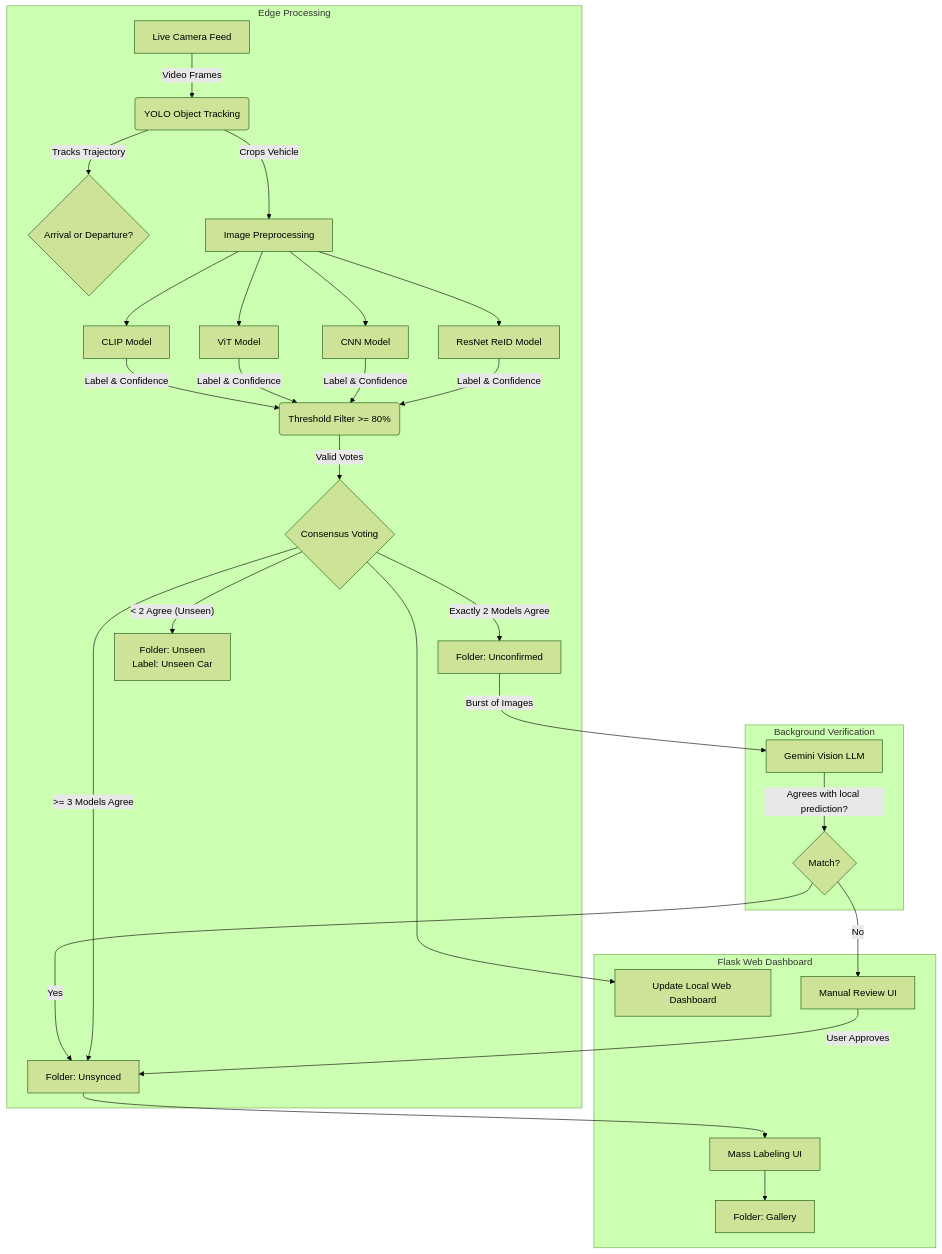
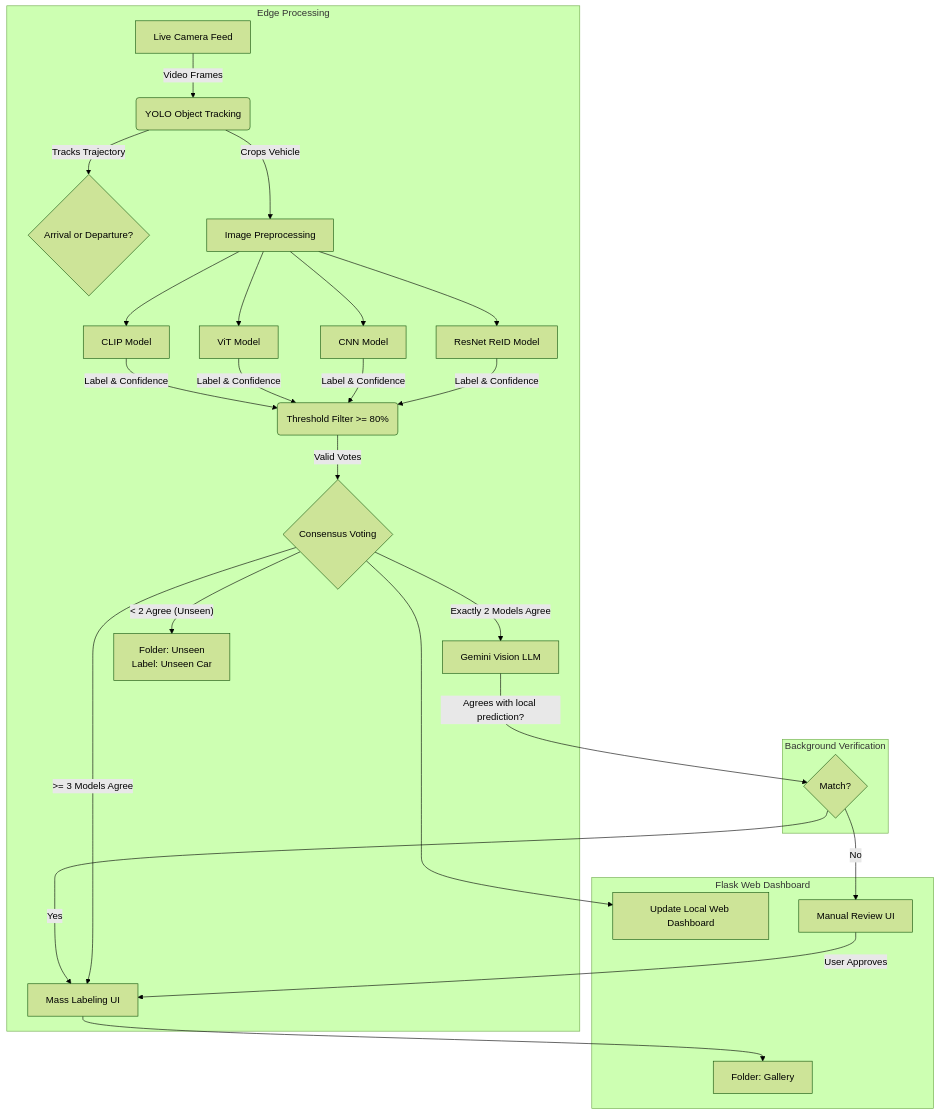
The diagram in README.md (Nuisey/CaReID), drawn with Mermaid (forest theme) before and after one commit.

Commit message:
Update README diagram to remove Unsynced and Unconfirmed folders

````diff
--- a/README.md
+++ b/README.md
@@ -23,39 +23,39 @@
 ```mermaid
 
 flowchart TD
 
     subgraph Edge Processing
         A[Live Camera Feed] -->|Video Frames| B(YOLO Object Tracking)
         B -->|Tracks Trajectory| C{Arrival or Departure?}
         B -->|Crops Vehicle| D[Image Preprocessing]
   
         D --> E[ResNet ReID Model]
         D --> F[CNN Model]
         D --> G[ViT Model]
         D --> H[CLIP Model]
   
         E & F & G & H -->|Label & Confidence| I(Threshold Filter >= 80%)
         I -->|Valid Votes| J{Consensus Voting}
         
-        J -- ">= 3 Models Agree" --> K[Folder: Unsynced]
-        J -- "Exactly 2 Models Agree" --> L[Folder: Unconfirmed]
+        J -- ">= 3 Models Agree" --> S
+        J -- "Exactly 2 Models Agree" --> P
         J -- "< 2 Agree (Unseen)" --> M[Folder: Unseen\nLabel: Unseen Car]
     end
 
     subgraph Background Verification
-        L -->|Burst of Images| P[Gemini Vision LLM]
+        P[Gemini Vision LLM]
         P -->|Agrees with local prediction?| Q{Match?}
-        Q -- Yes --> K
+        Q -- Yes --> S
     end
   
     subgraph Flask Web Dashboard
+        S[Mass Labeling UI]
         J --> O[Update Local Web Dashboard]
         
         Q -- No --> R[Manual Review UI]
-        R -- User Approves --> K
+        R -- User Approves --> S
         
-        K --> S[Mass Labeling UI]
         S --> T[Folder: Gallery]
     end
 
 ```
````
